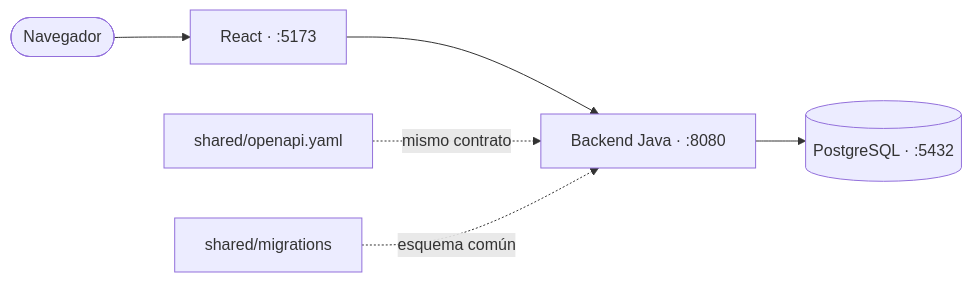
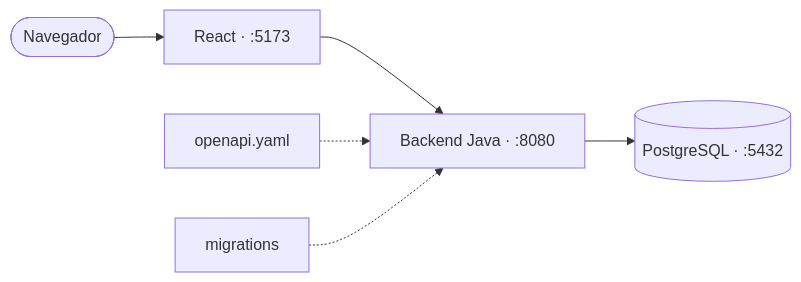
One commit to dierodfer/demo-jam changed the diagram in README.md. Above: the diagram before and after it, drawn with Mermaid. The commit also changed other lines of this file and 2 other files, not shown here.

````diff
--- a/README.md
+++ b/README.md
@@ -39,13 +25,6 @@
 ```mermaid
 flowchart LR
-    navegador(["Navegador"])
-    react["React · :5173"]
-    java["Backend Java · :8080"]
-    contrato["shared/openapi.yaml"]
-    migraciones["shared/migrations"]
-    db[("PostgreSQL · :5432")]
-
-    navegador --> react --> java --> db
-    contrato -.->|"mismo contrato"| java
-    migraciones -.->|"esquema común"| java
+    navegador(["Navegador"]) --> react["React · :5173"] --> java["Backend Java · :8080"] --> db[("PostgreSQL · :5432")]
+    contrato["openapi.yaml"] -.-> java
+    migraciones["migrations"] -.-> java
 ```
````
